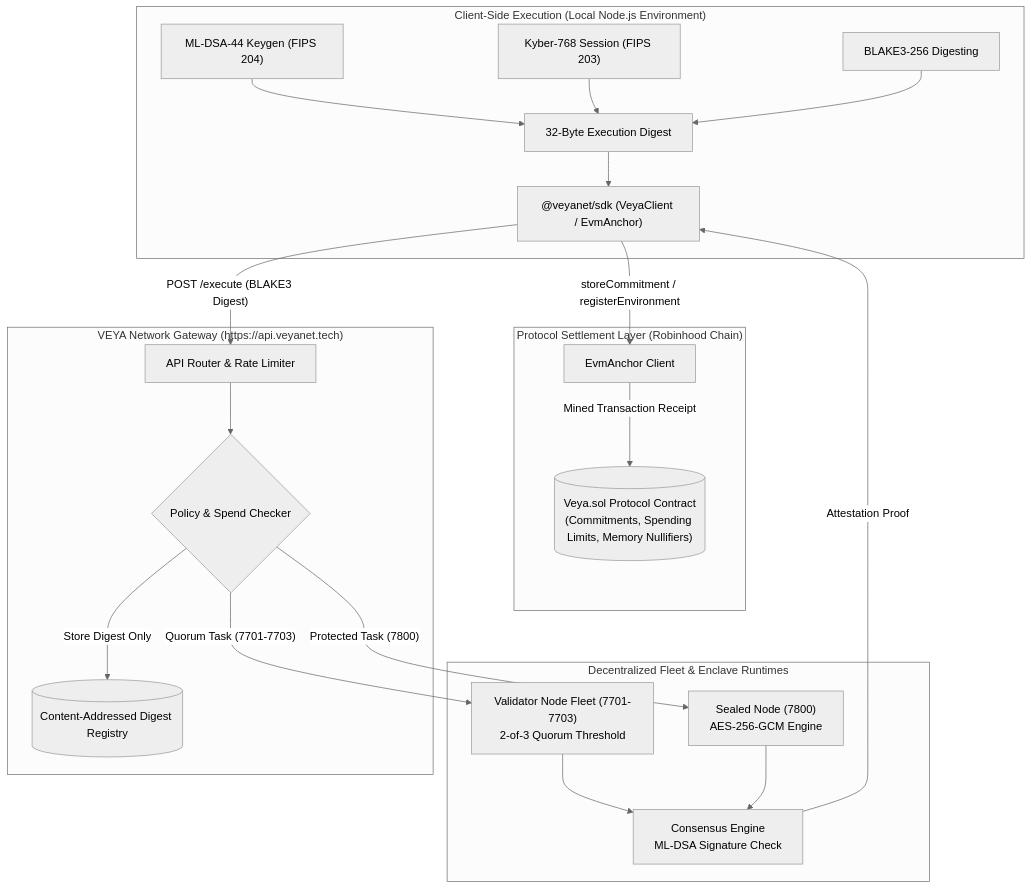
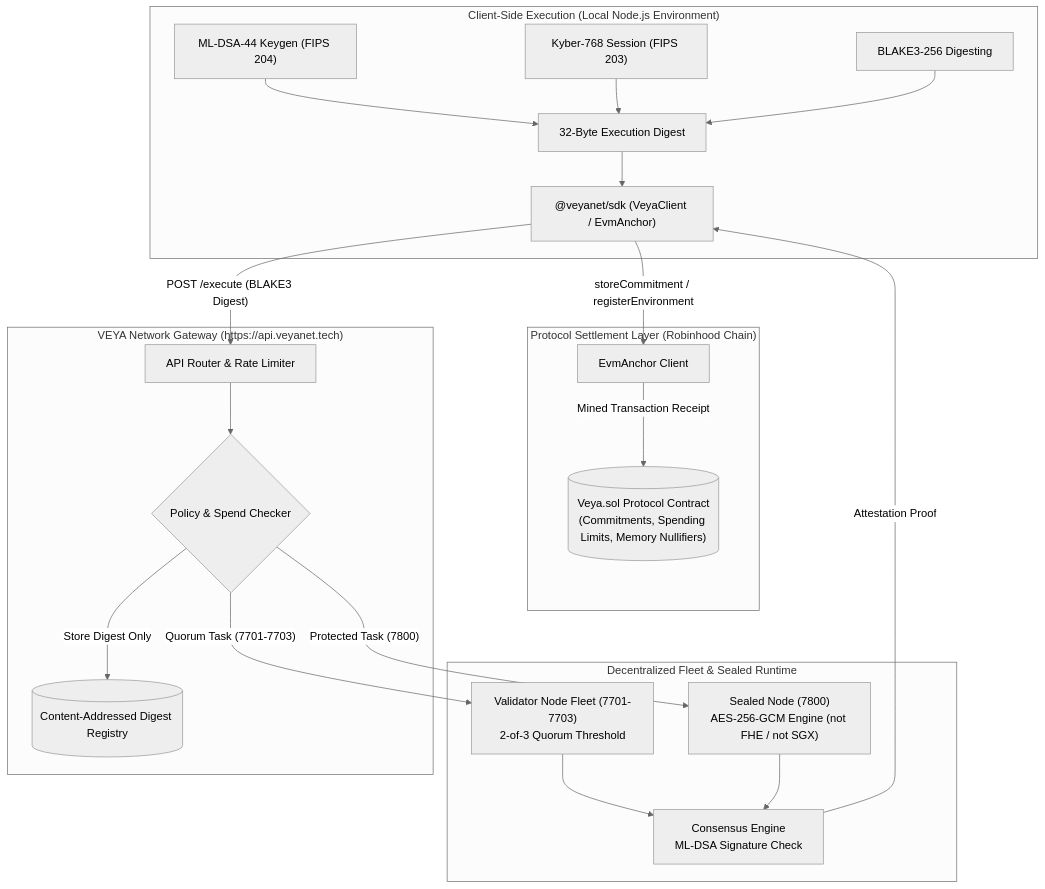
One commit to veyanet/veya-sdk changed the diagram in README.md. Above: the diagram before and after it, drawn with Mermaid (neutral theme). The commit also changed other lines of this file, not shown here.

````diff
--- a/README.md
+++ b/README.md
@@ -81,52 +81,52 @@
 ```mermaid
 flowchart TB
     subgraph ClientSpace["Client-Side Execution (Local Node.js Environment)"]
         PQGen["ML-DSA-44 Keygen (FIPS 204)"]
         KyberGen["Kyber-768 Session (FIPS 203)"]
         BLAKE3Engine["BLAKE3-256 Digesting"]
         StateDigest["32-Byte Execution Digest"]
         
         SDK["@veyanet/sdk (VeyaClient / EvmAnchor)"]
     end
 
     subgraph APIBoundary["VEYA Network Gateway (https://api.veyanet.tech)"]
         Gateway["API Router & Rate Limiter"]
         PolicyCheck{"Policy & Spend Checker"}
         StateDB[("Content-Addressed Digest Registry")]
     end
 
-    subgraph ComputeBoundary["Decentralized Fleet & Enclave Runtimes"]
+    subgraph ComputeBoundary["Decentralized Fleet & Sealed Runtime"]
         ValidatorFleet["Validator Node Fleet (7701-7703)\n2-of-3 Quorum Threshold"]
-        SealedNode["Sealed Node (7800)\nAES-256-GCM Engine"]
+        SealedNode["Sealed Node (7800)\nAES-256-GCM Engine (not FHE / not SGX)"]
         ConsensusEngine["Consensus Engine\nML-DSA Signature Check"]
     end
 
     subgraph Blockchain["Protocol Settlement Layer (Robinhood Chain)"]
         EvmAnchor["EvmAnchor Client"]
         ProtocolContract[("Veya.sol Protocol Contract\n(Commitments, Spending Limits, Memory Nullifiers)")]
     end
 
     %% Cryptographic Setup
     PQGen --> StateDigest
     KyberGen --> StateDigest
     BLAKE3Engine --> StateDigest
 
     %% SDK Dispatch
     StateDigest --> SDK
     
     %% API Requests
     SDK -->|"POST /execute (BLAKE3 Digest)"| Gateway
     Gateway --> PolicyCheck
     PolicyCheck -->|"Store Digest Only"| StateDB
 
     %% Compute Execution
     PolicyCheck -->|"Quorum Task (7701-7703)"| ValidatorFleet
     PolicyCheck -->|"Protected Task (7800)"| SealedNode
     ValidatorFleet --> ConsensusEngine
     SealedNode --> ConsensusEngine
 
     %% Settlement
     ConsensusEngine -->|"Attestation Proof"| SDK
     SDK -->|"storeCommitment / registerEnvironment"| EvmAnchor
     EvmAnchor -->|"Mined Transaction Receipt"| ProtocolContract
 ```
````
